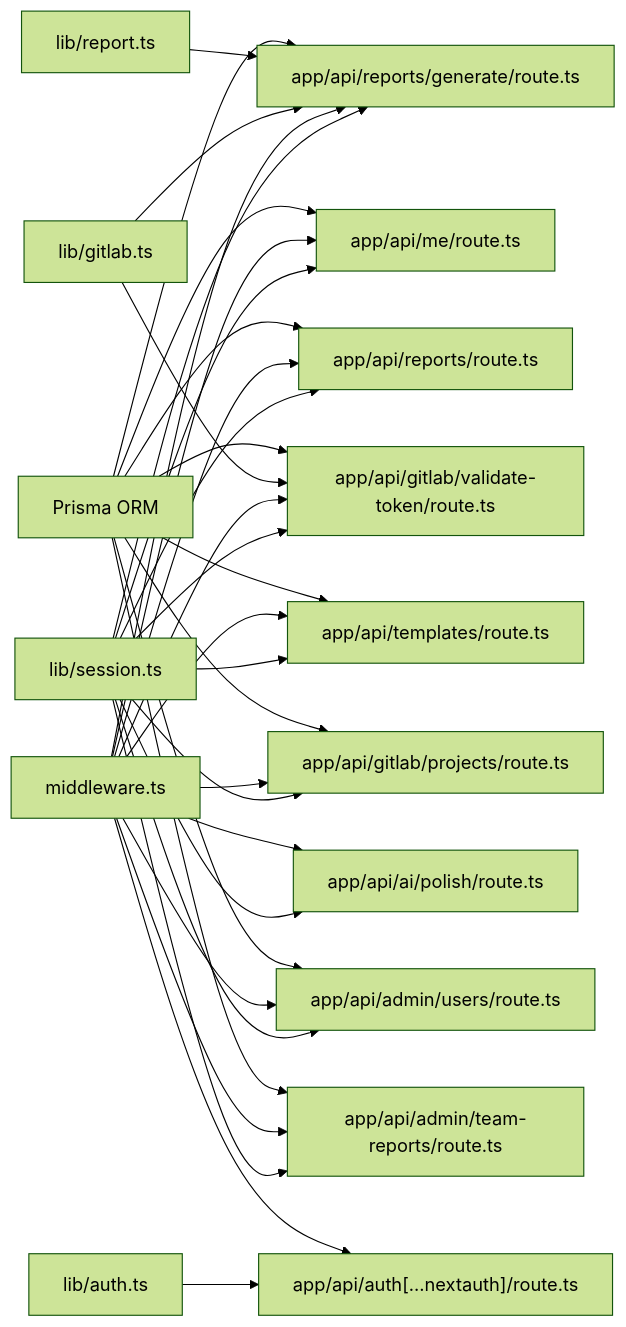
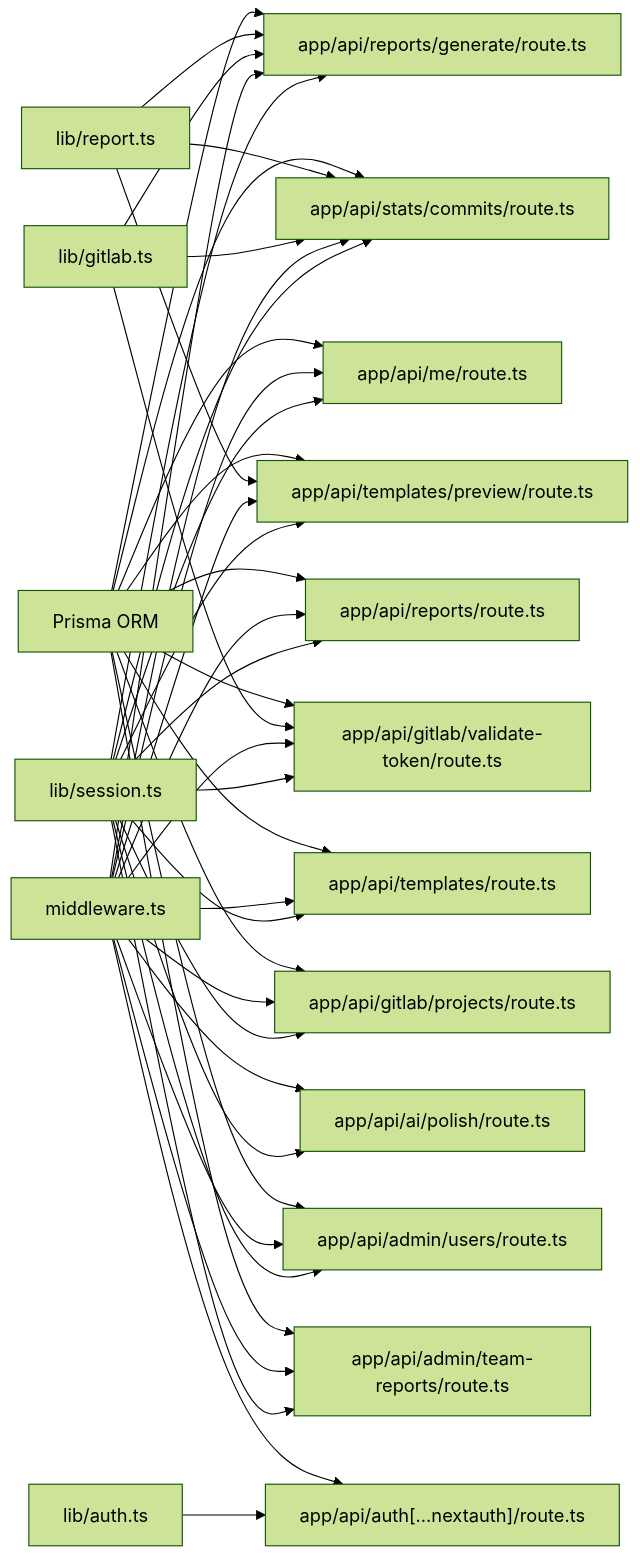
The third of 3 diagrams in .qoder/repowiki/en/content/API Reference/API Reference.md (jrj444/git-daily), drawn with Mermaid (forest theme) before and after one commit. The commit also changed other lines of this file and 26 other files, not shown here.

````diff
--- a/.qoder/repowiki/en/content/API Reference/API Reference.md
+++ b/.qoder/repowiki/en/content/API Reference/API Reference.md
@@ -405,34 +510,43 @@
 ```mermaid
 graph LR
 SESSION["lib/session.ts"] --> ROUTE_ME["app/api/me/route.ts"]
 SESSION --> ROUTE_REPORTS["app/api/reports/route.ts"]
 SESSION --> ROUTE_REPORTS_GEN["app/api/reports/generate/route.ts"]
+SESSION --> ROUTE_STATS_COMMITS["app/api/stats/commits/route.ts"]
 SESSION --> ROUTE_TEMPLATES["app/api/templates/route.ts"]
+SESSION --> ROUTE_TEMPLATES_PREVIEW["app/api/templates/preview/route.ts"]
 SESSION --> ROUTE_GITLAB_PROJ["app/api/gitlab/projects/route.ts"]
 SESSION --> ROUTE_GITLAB_VALIDATE["app/api/gitlab/validate-token/route.ts"]
 SESSION --> ROUTE_AI["app/api/ai/polish/route.ts"]
 SESSION --> ROUTE_ADMIN_USERS["app/api/admin/users/route.ts"]
 SESSION --> ROUTE_ADMIN_TEAM["app/api/admin/team-reports/route.ts"]
 AUTH["lib/auth.ts"] --> ROUTE_AUTH["app/api/auth[...nextauth]/route.ts"]
 MWARE["middleware.ts"] --> ROUTE_AUTH
 MWARE --> ROUTE_ME
 MWARE --> ROUTE_REPORTS
 MWARE --> ROUTE_REPORTS_GEN
+MWARE --> ROUTE_STATS_COMMITS
 MWARE --> ROUTE_TEMPLATES
+MWARE --> ROUTE_TEMPLATES_PREVIEW
 MWARE --> ROUTE_GITLAB_PROJ
 MWARE --> ROUTE_GITLAB_VALIDATE
 MWARE --> ROUTE_AI
 MWARE --> ROUTE_ADMIN_USERS
 MWARE --> ROUTE_ADMIN_TEAM
 GITLAB["lib/gitlab.ts"] --> ROUTE_REPORTS_GEN
+GITLAB --> ROUTE_STATS_COMMITS
 GITLAB --> ROUTE_GITLAB_VALIDATE
 REPORT["lib/report.ts"] --> ROUTE_REPORTS_GEN
+REPORT --> ROUTE_STATS_COMMITS
+REPORT --> ROUTE_TEMPLATES_PREVIEW
 PRISMA["Prisma ORM"] --> ROUTE_ME
 PRISMA --> ROUTE_REPORTS
 PRISMA --> ROUTE_REPORTS_GEN
+PRISMA --> ROUTE_STATS_COMMITS
 PRISMA --> ROUTE_TEMPLATES
+PRISMA --> ROUTE_TEMPLATES_PREVIEW
 PRISMA --> ROUTE_GITLAB_PROJ
 PRISMA --> ROUTE_GITLAB_VALIDATE
 PRISMA --> ROUTE_ADMIN_USERS
 PRISMA --> ROUTE_ADMIN_TEAM
 ```
````
